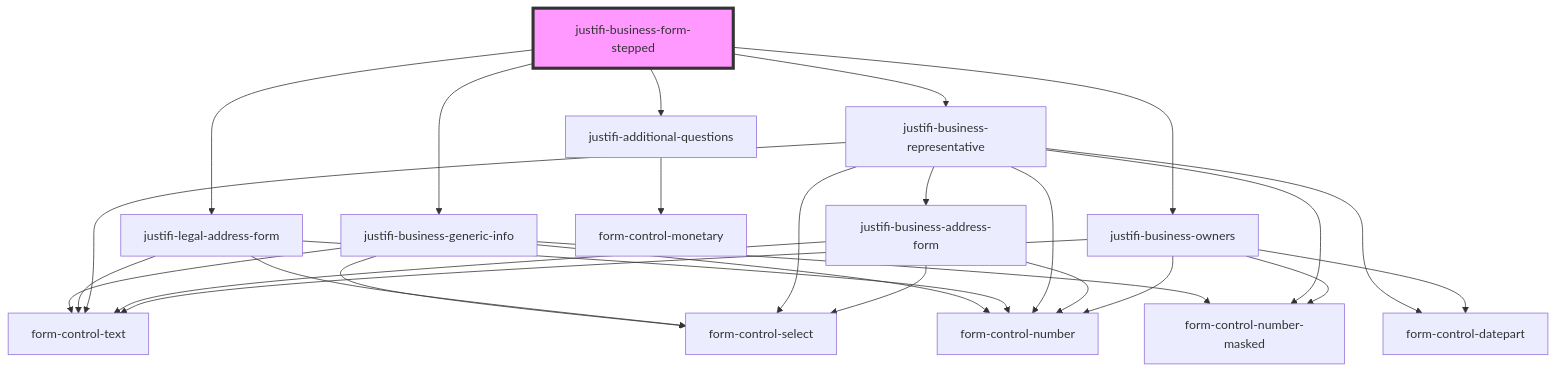
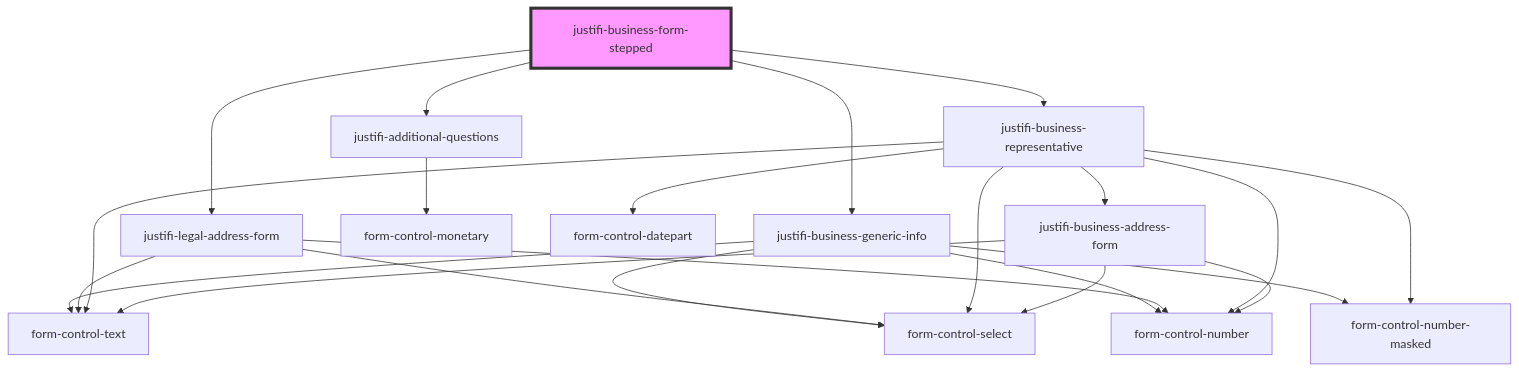
The diagram in packages/webcomponents/src/components/business-form/readme.md (justifi-tech/web-component-library), drawn with Mermaid before and after one commit. The commit also changed other lines of this file, not shown here.

Commit message:
Update readme to remove owners subcomponent dependency

````diff
--- a/packages/webcomponents/src/components/business-form/readme.md
+++ b/packages/webcomponents/src/components/business-form/readme.md
@@ -29,30 +28,25 @@
 ```mermaid
 graph TD;
   justifi-business-form-stepped --> justifi-business-generic-info
   justifi-business-form-stepped --> justifi-legal-address-form
   justifi-business-form-stepped --> justifi-additional-questions
   justifi-business-form-stepped --> justifi-business-representative
-  justifi-business-form-stepped --> justifi-business-owners
   justifi-business-generic-info --> form-control-text
   justifi-business-generic-info --> form-control-select
   justifi-business-generic-info --> form-control-number
   justifi-business-generic-info --> form-control-number-masked
   justifi-legal-address-form --> form-control-text
   justifi-legal-address-form --> form-control-number
   justifi-legal-address-form --> form-control-select
   justifi-additional-questions --> form-control-monetary
   justifi-business-representative --> form-control-text
   justifi-business-representative --> form-control-select
   justifi-business-representative --> form-control-number-masked
   justifi-business-representative --> form-control-datepart
   justifi-business-representative --> form-control-number
   justifi-business-representative --> justifi-business-address-form
   justifi-business-address-form --> form-control-text
   justifi-business-address-form --> form-control-select
   justifi-business-address-form --> form-control-number
-  justifi-business-owners --> form-control-text
-  justifi-business-owners --> form-control-number-masked
-  justifi-business-owners --> form-control-datepart
-  justifi-business-owners --> form-control-number
   style justifi-business-form-stepped fill:#f9f,stroke:#333,stroke-width:4px
 ```
````
